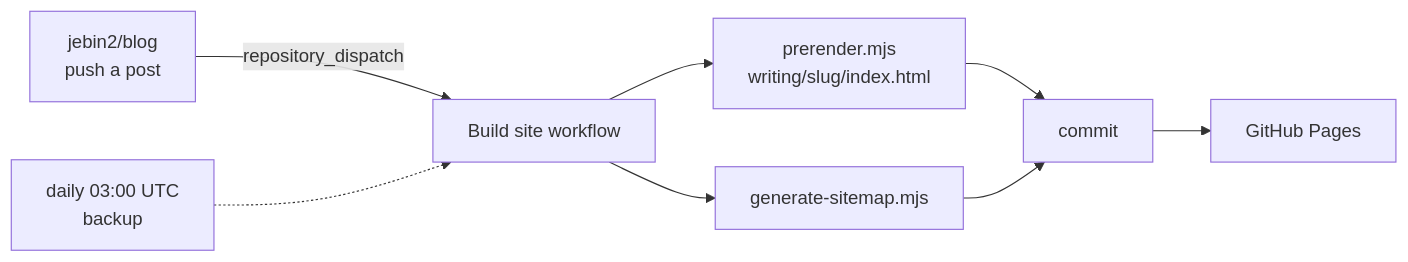
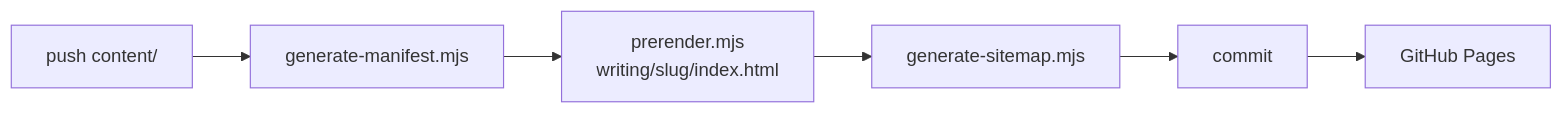
One commit to jebin2/jebin2.github.io changed the diagram in README.md. Above: the diagram before and after it, drawn with Mermaid. The commit also changed other lines of this file and 18 other files, not shown here.

````diff
--- a/README.md
+++ b/README.md
@@ -14,10 +22,8 @@
 ```mermaid
 flowchart LR
-    A[jebin2/blog<br/>push a post] -->|repository_dispatch| B[Build site workflow]
-    C[daily 03:00 UTC<br/>backup] -.-> B
-    B --> D[prerender.mjs<br/>writing/slug/index.html]
-    B --> E[generate-sitemap.mjs]
-    D --> F[commit]
-    E --> F
-    F --> G[GitHub Pages]
+    A[push content/] --> B[generate-manifest.mjs]
+    B --> C[prerender.mjs<br/>writing/slug/index.html]
+    C --> D[generate-sitemap.mjs]
+    D --> E[commit]
+    E --> F[GitHub Pages]
 ```
````
